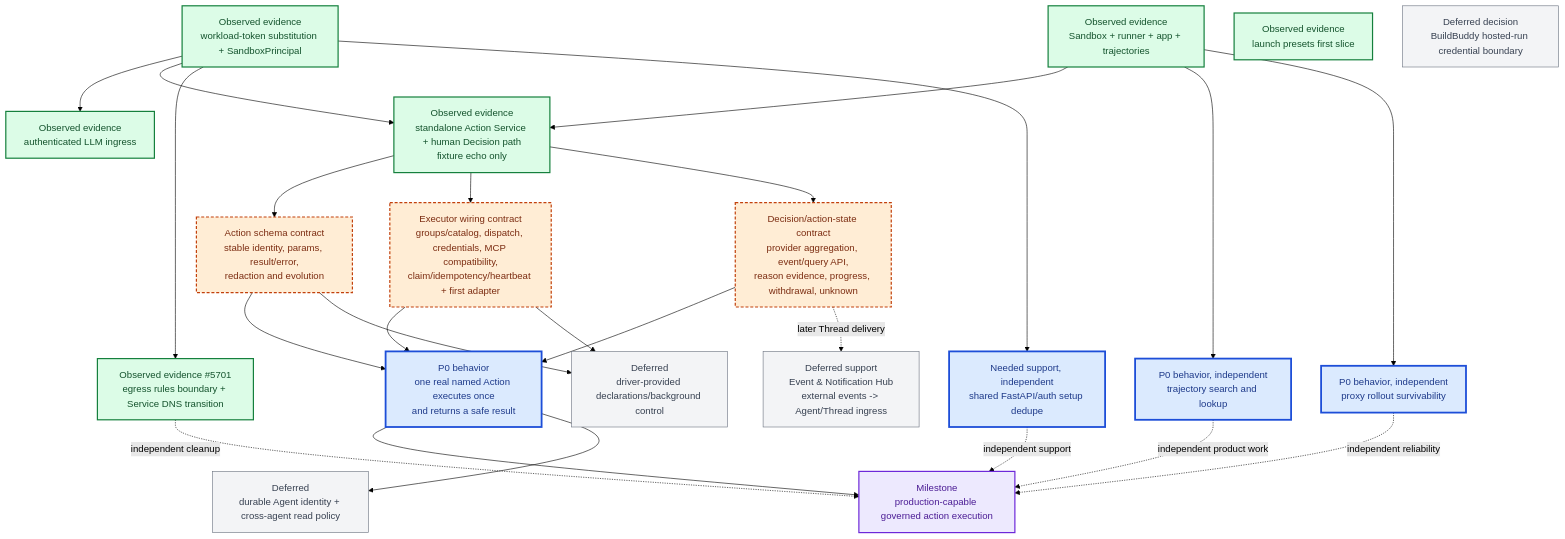
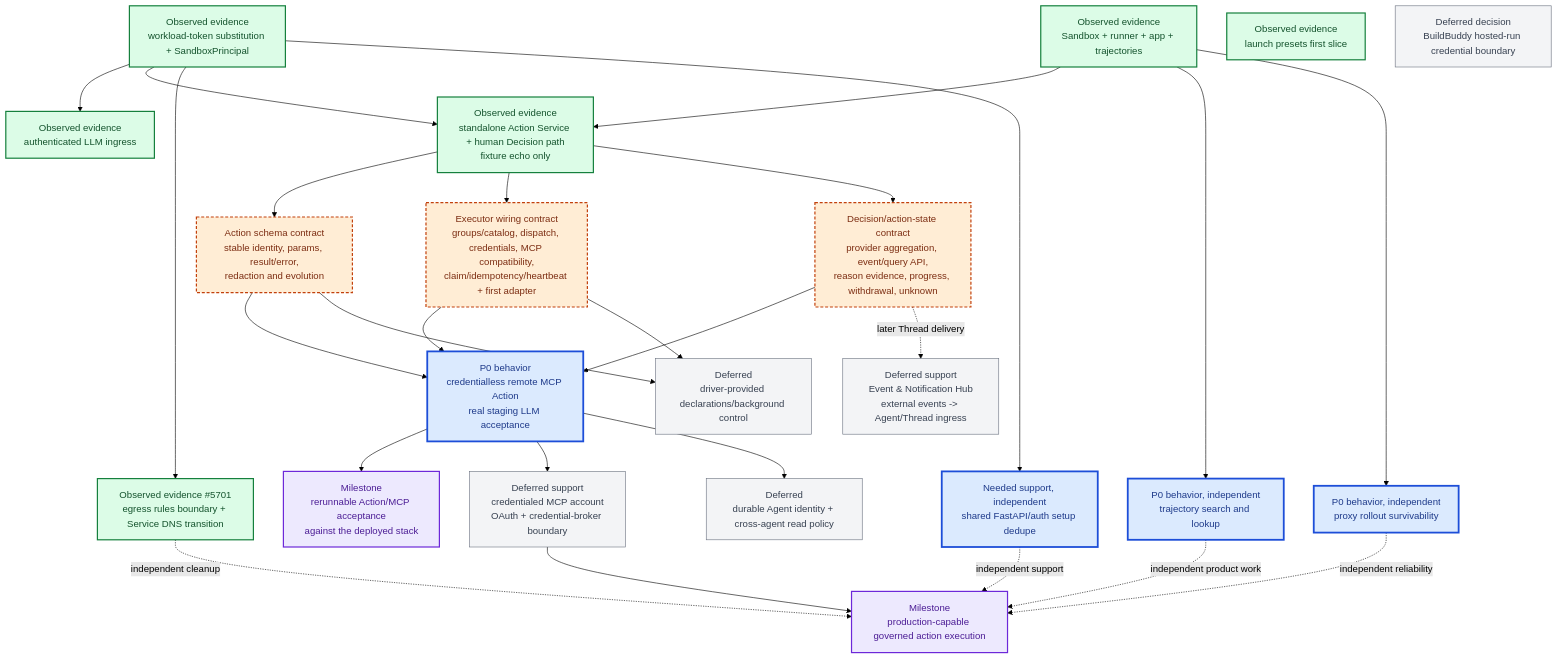
One commit to agentydragon-agent/ducktape changed the diagram in x/agentplane/plans/task_dag.md. Above: the diagram before and after it, drawn with Mermaid (forest theme). The commit also changed other lines of this file and 1 other file, not shown here.

Commit message:
docs(agentplane): split MCP milestones and OAuth boundary

````diff
--- a/x/agentplane/plans/task_dag.md
+++ b/x/agentplane/plans/task_dag.md
@@ -70,55 +70,59 @@
 ```mermaid
 flowchart TB
     classDef completed fill:#dcfce7,stroke:#15803d,color:#14532d,stroke-width:2px
     classDef active fill:#dbeafe,stroke:#1d4ed8,color:#1e3a8a,stroke-width:3px
     classDef decision fill:#ffedd5,stroke:#c2410c,color:#7c2d12,stroke-width:2px,stroke-dasharray:5 3
     classDef future fill:#f3f4f6,stroke:#6b7280,color:#374151
     classDef milestone fill:#ede9fe,stroke:#6d28d9,color:#4c1d95,stroke-width:2px
 
     F0["Observed evidence<br/>Sandbox + runner + app + trajectories"]:::completed
     AUTH["Observed evidence<br/>workload-token substitution + SandboxPrincipal"]:::completed
     LLM["Observed evidence<br/>authenticated LLM ingress"]:::completed
     ACTION0["Observed evidence<br/>standalone Action Service + human Decision path<br/>fixture echo only"]:::completed
     PRESETS["Observed evidence<br/>launch presets first slice"]:::completed
 
     AS["Action schema contract<br/>stable identity, params, result/error,<br/>redaction and evolution"]:::decision
     EW["Executor wiring contract<br/>groups/catalog, dispatch, credentials, MCP compatibility,<br/>claim/idempotency/heartbeat + first adapter"]:::decision
     DEL["Decision/action-state contract<br/>provider aggregation, event/query API,<br/>reason evidence, progress, withdrawal, unknown"]:::decision
-    ACTION1["P0 behavior<br/>one real named Action executes once<br/>and returns a safe result"]:::active
+    MCP0["P0 behavior<br/>credentialless remote MCP Action<br/>real staging LLM acceptance"]:::active
+    MCPAUTH["Deferred support<br/>credentialed MCP account<br/>OAuth + credential-broker boundary"]:::future
+    MCPACCEPT["Milestone<br/>rerunnable Action/MCP acceptance<br/>against the deployed stack"]:::milestone
 
     ER["Observed evidence #5701<br/>egress rules boundary + Service DNS transition"]:::completed
     DEDUPE["Needed support, independent<br/>shared FastAPI/auth setup dedupe"]:::active
     T3["P0 behavior, independent<br/>trajectory search and lookup"]:::active
     PR["P0 behavior, independent<br/>proxy rollout survivability"]:::active
 
     BB["Deferred decision<br/>BuildBuddy hosted-run credential boundary"]:::future
     ING["Deferred support<br/>Event & Notification Hub<br/>external events -> Agent/Thread ingress"]:::future
     DT["Deferred<br/>driver-provided declarations/background control"]:::future
     AG["Deferred<br/>durable Agent identity + cross-agent read policy"]:::future
     PROD["Milestone<br/>production-capable governed action execution"]:::milestone
 
     F0 --> ACTION0
     AUTH --> LLM
     AUTH --> ACTION0
     ACTION0 --> AS
     ACTION0 --> EW
     ACTION0 --> DEL
-    AS --> ACTION1
-    EW --> ACTION1
-    DEL --> ACTION1
-    ACTION1 --> PROD
+    AS --> MCP0
+    EW --> MCP0
+    DEL --> MCP0
+    MCP0 --> MCPACCEPT
+    MCP0 --> MCPAUTH
+    MCPAUTH --> PROD
     DEL -. later Thread delivery .-> ING
 
     AUTH --> ER
     AUTH --> DEDUPE
     F0 --> T3
     F0 --> PR
     ER -. independent cleanup .-> PROD
     DEDUPE -. independent support .-> PROD
     T3 -. independent product work .-> PROD
     PR -. independent reliability .-> PROD
 
     AS --> DT
     EW --> DT
-    ACTION1 --> AG
+    MCP0 --> AG
 ```
````
